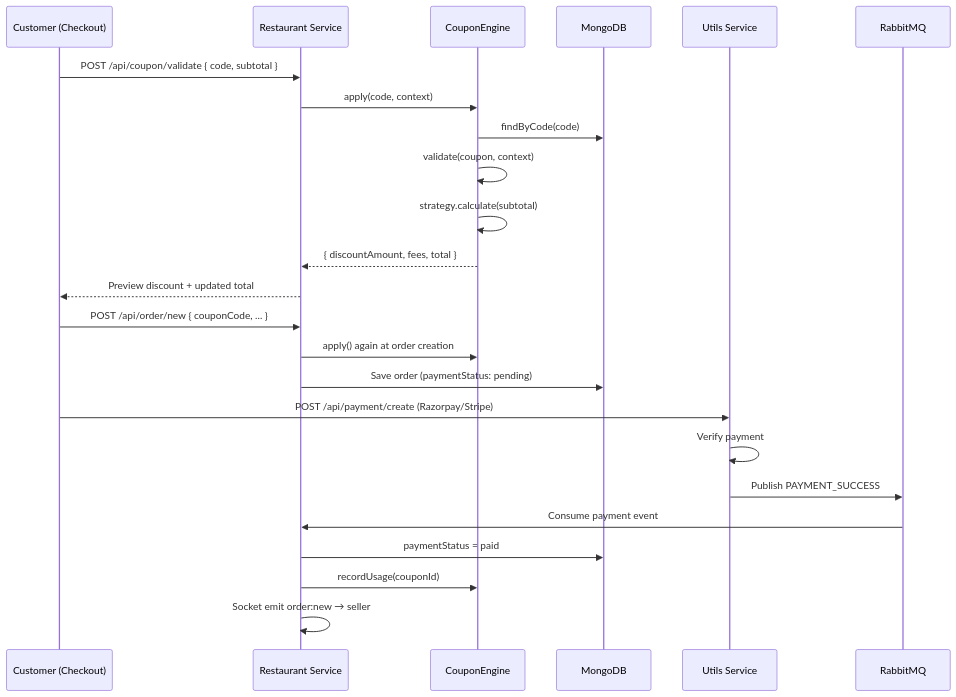
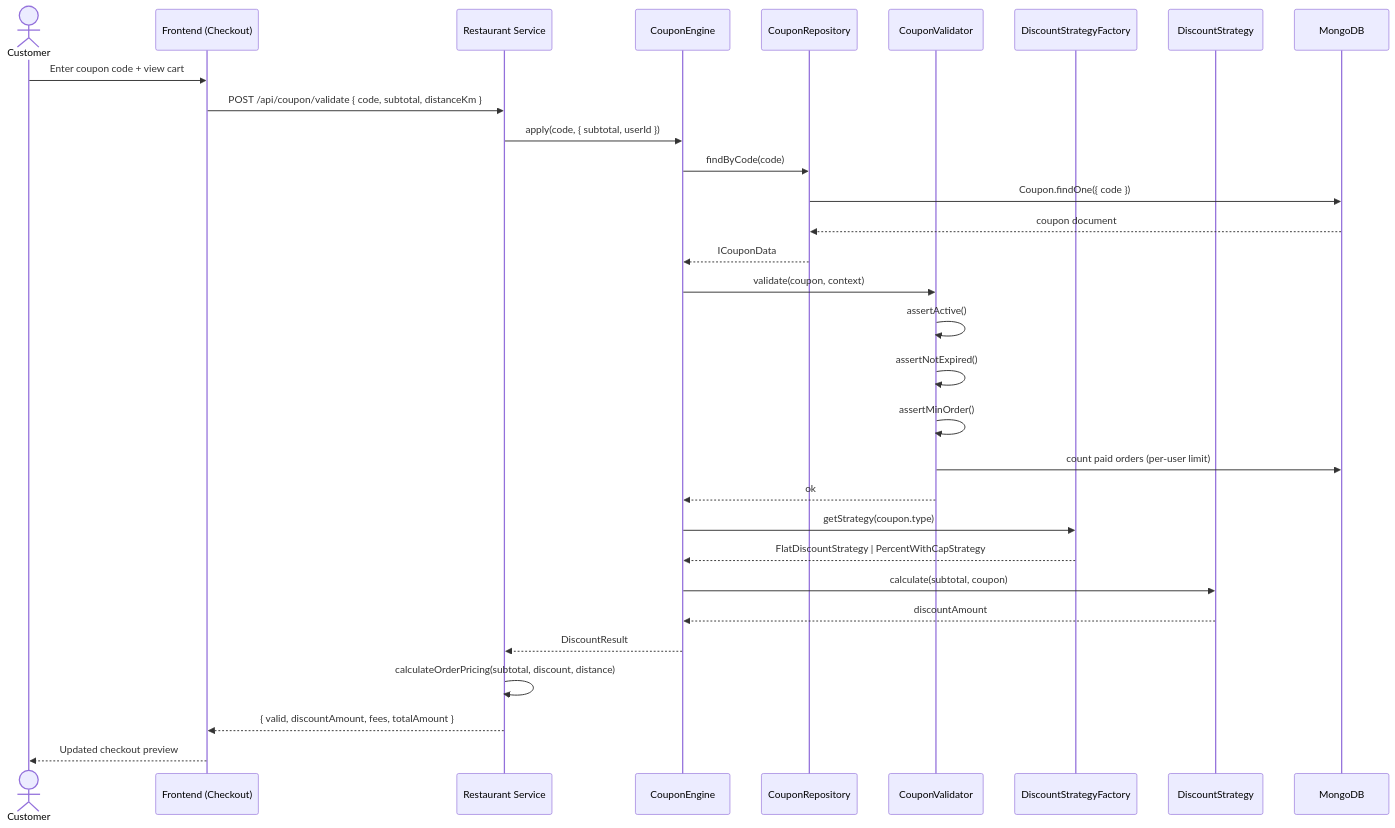
Before and after one commit to subhm2004/ByteBites: the seventh of 8 diagrams in README.md, drawn with Mermaid. The commit also changed other lines of this file and 23 other files, not shown here.

````diff
--- a/README.md
+++ b/README.md
@@ -354,29 +672,38 @@
 ```mermaid
 sequenceDiagram
-    participant C as Customer (Checkout)
-    participant R as Restaurant Service
+    actor C as Customer
+    participant FE as Frontend (Checkout)
+    participant API as Restaurant Service
     participant CE as CouponEngine
+    participant REPO as CouponRepository
+    participant VAL as CouponValidator
+    participant FACT as DiscountStrategyFactory
+    participant STRAT as DiscountStrategy
     participant DB as MongoDB
-    participant U as Utils Service
-    participant Q as RabbitMQ
 
-    C->>R: POST /api/coupon/validate { code, subtotal }
-    R->>CE: apply(code, context)
-    CE->>DB: findByCode(code)
-    CE->>CE: validate(coupon, context)
-    CE->>CE: strategy.calculate(subtotal)
-    CE-->>R: { discountAmount, fees, total }
-    R-->>C: Preview discount + updated total
+    C->>FE: Enter coupon code + view cart
+    FE->>API: POST /api/coupon/validate { code, subtotal, distanceKm }
+    API->>CE: apply(code, { subtotal, userId })
 
-    C->>R: POST /api/order/new { couponCode, ... }
-    R->>CE: apply() again at order creation
-    R->>DB: Save order (paymentStatus: pending)
+    CE->>REPO: findByCode(code)
+    REPO->>DB: Coupon.findOne({ code })
+    DB-->>REPO: coupon document
+    REPO-->>CE: ICouponData
 
-    C->>U: POST /api/payment/create (Razorpay/Stripe)
-    U->>U: Verify payment
-    U->>Q: Publish PAYMENT_SUCCESS
-    Q->>R: Consume payment event
-    R->>DB: paymentStatus = paid
-    R->>CE: recordUsage(couponId)
-    R->>R: Socket emit order:new → seller
+    CE->>VAL: validate(coupon, context)
+    VAL->>VAL: assertActive()
+    VAL->>VAL: assertNotExpired()
+    VAL->>VAL: assertMinOrder()
+    VAL->>DB: count paid orders (per-user limit)
+    VAL-->>CE: ok
+
+    CE->>FACT: getStrategy(coupon.type)
+    FACT-->>CE: FlatDiscountStrategy | PercentWithCapStrategy
+    CE->>STRAT: calculate(subtotal, coupon)
+    STRAT-->>CE: discountAmount
+
+    CE-->>API: DiscountResult
+    API->>API: calculateOrderPricing(subtotal, discount, distance)
+    API-->>FE: { valid, discountAmount, fees, totalAmount }
+    FE-->>C: Updated checkout preview
 ```
````
